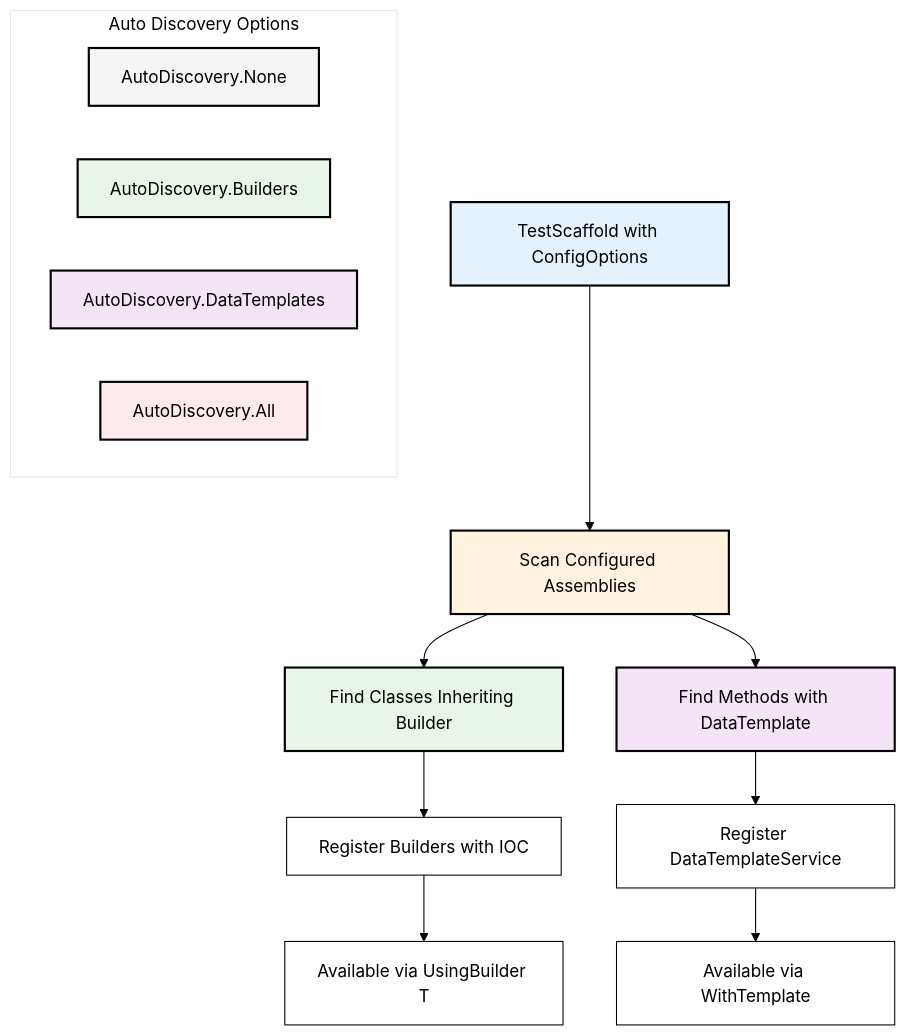
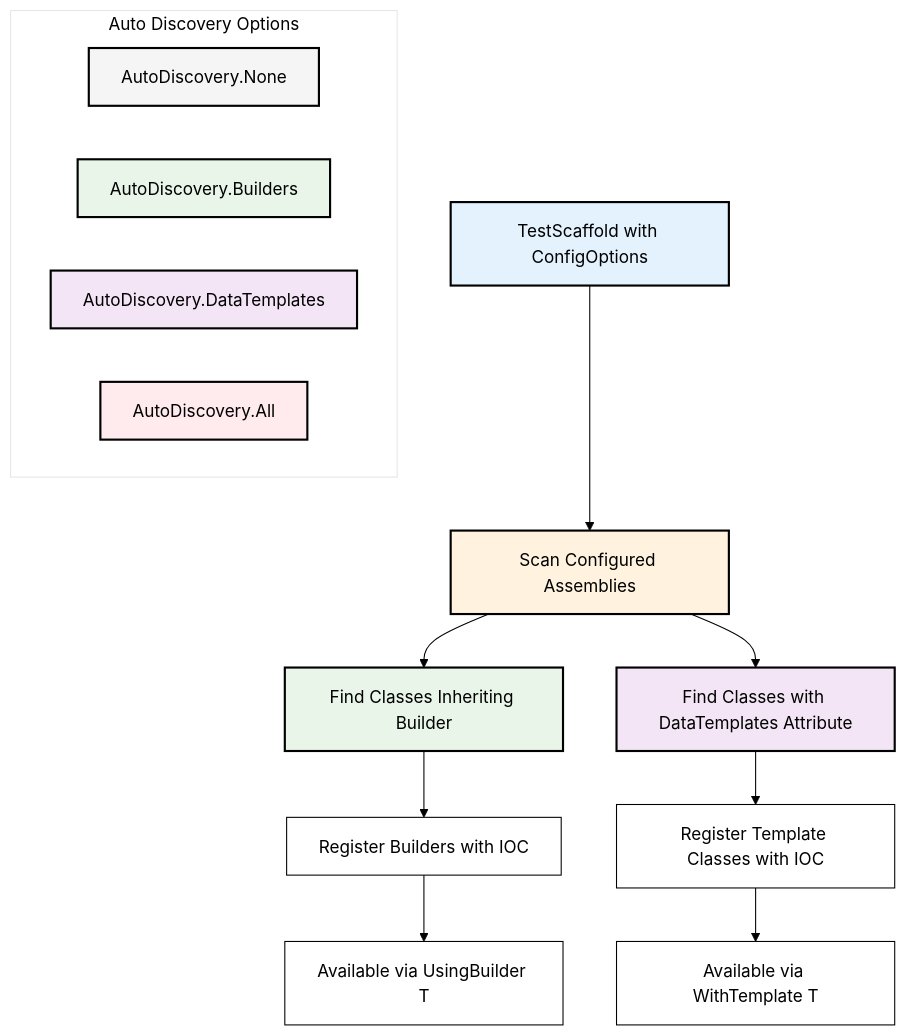
The diagram in docs/config-options/README.md (rburnham52/fluent-test-scaffold), drawn with Mermaid before and after one commit. The commit also changed other lines of this file and 80 other files, not shown here.

First line of the commit message:
Refactor data templates (#21)

````diff
--- a/docs/config-options/README.md
+++ b/docs/config-options/README.md
@@ -7,29 +7,29 @@
 ```mermaid
 %%{init: {'theme':'base', 'themeVariables': {'primaryColor':'#ffffff','primaryTextColor':'#000000','primaryBorderColor':'#000000','lineColor':'#000000','secondaryColor':'#f0f0f0','tertiaryColor':'#ffffff'}}}%%
 flowchart TD
     START[TestScaffold with ConfigOptions] --> SCAN[Scan Configured Assemblies]
 
     SCAN --> BUILDERS[Find Classes Inheriting Builder]
-    SCAN --> TEMPLATES[Find Methods with DataTemplate]
+    SCAN --> TEMPLATES[Find Classes with DataTemplates Attribute]
 
     BUILDERS --> REG_B[Register Builders with IOC]
-    TEMPLATES --> REG_T[Register DataTemplateService]
+    TEMPLATES --> REG_T[Register Template Classes with IOC]
 
     REG_B --> AVAILABLE[Available via UsingBuilder T]
-    REG_T --> AVAILABLE_T[Available via WithTemplate]
+    REG_T --> AVAILABLE_T[Available via WithTemplate T]
 
     subgraph "Auto Discovery Options"
         NONE[AutoDiscovery.None]
         BUILD[AutoDiscovery.Builders]
         DATA[AutoDiscovery.DataTemplates]
         ALL[AutoDiscovery.All]
     end
     style START fill:#e3f2fd,stroke:#000,stroke-width:2px,color:#000
     style SCAN fill:#fff3e0,stroke:#000,stroke-width:2px,color:#000
     style BUILDERS fill:#e8f5e8,stroke:#000,stroke-width:2px,color:#000
     style TEMPLATES fill:#f3e5f5,stroke:#000,stroke-width:2px,color:#000
     style ALL fill:#ffebee,stroke:#000,stroke-width:2px,color:#000
     style NONE fill:#f5f5f5,stroke:#000,stroke-width:2px,color:#000
     style BUILD fill:#e8f5e8,stroke:#000,stroke-width:2px,color:#000
     style DATA fill:#f3e5f5,stroke:#000,stroke-width:2px,color:#000
 ```
````
